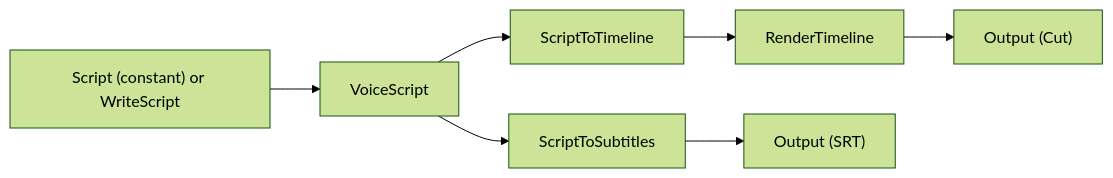
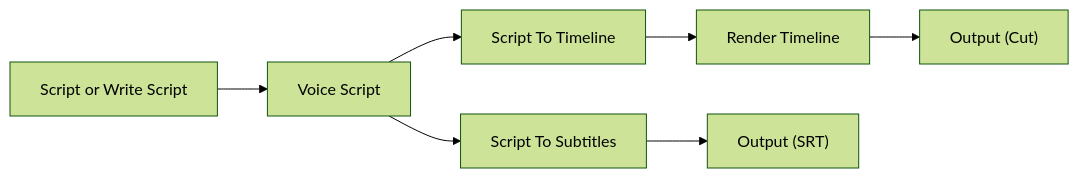
The fourth of 8 diagrams in docs/cookbook/patterns.md (nodetool-ai/nodetool), drawn with Mermaid (forest theme) before and after one commit. The commit also changed other lines of this file and 2 other files, not shown here.

```diff
--- a/docs/cookbook/patterns.md
+++ b/docs/cookbook/patterns.md
@@ -158,12 +158,12 @@
 {% mermaid %}
 graph LR
-  script["Script (constant) or WriteScript"]
-  voice["VoiceScript"]
-  tl["ScriptToTimeline"]
-  render["RenderTimeline"]
-  subs["ScriptToSubtitles"]
+  script["Script or Write Script"]
+  voice["Voice Script"]
+  tl["Script To Timeline"]
+  render["Render Timeline"]
+  subs["Script To Subtitles"]
   out["Output (Cut)"]
   srt["Output (SRT)"]
   script --> voice --> tl --> render --> out
   voice --> subs --> srt
 {% endmermaid %}
```
